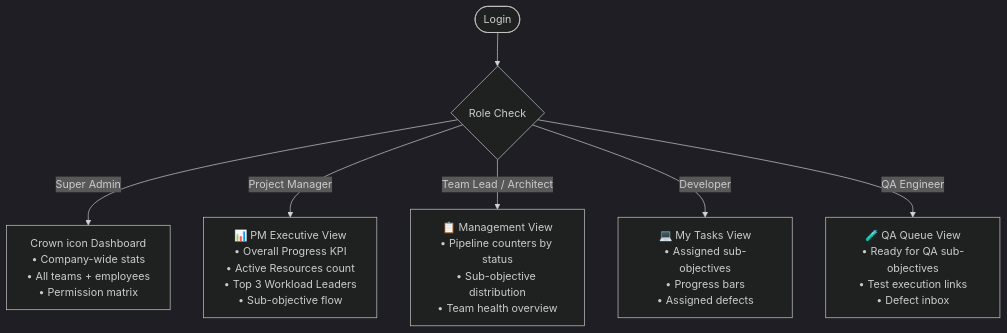
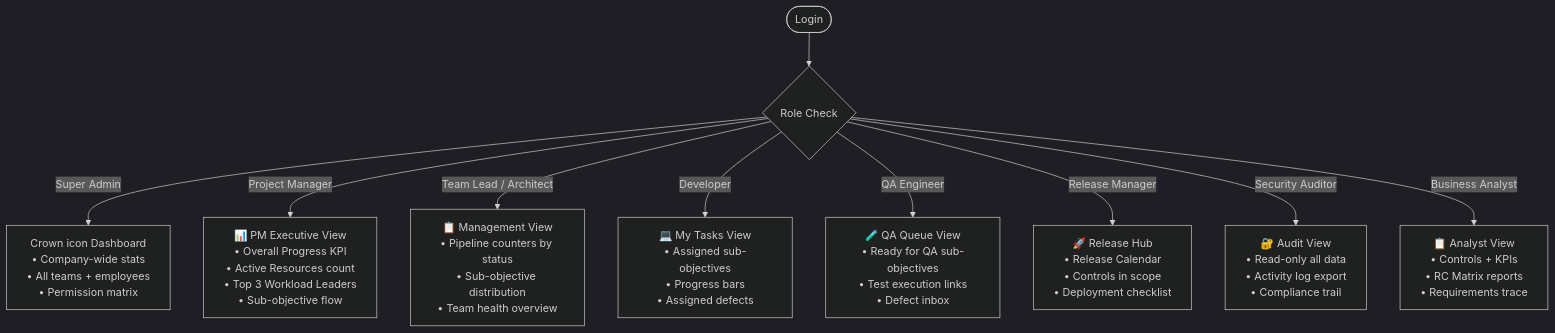
Diagram 11 of 12 in docs/USER_MANUAL.md (Osandi-Hirimuthugoda/ControlApp), drawn with Mermaid (dark theme) before and after one commit. The commit also changed other lines of this file and 1 other file, not shown here.

````diff
--- a/docs/USER_MANUAL.md
+++ b/docs/USER_MANUAL.md
@@ -703,9 +766,12 @@
 ```mermaid
 graph TD
     Login([Login]) --> Check{Role Check}
     Check -->|Super Admin| SA["Crown icon Dashboard\n• Company-wide stats\n• All teams + employees\n• Permission matrix"]
     Check -->|Project Manager| PM["📊 PM Executive View\n• Overall Progress KPI\n• Active Resources count\n• Top 3 Workload Leaders\n• Sub-objective flow"]
     Check -->|Team Lead / Architect| TL["📋 Management View\n• Pipeline counters by status\n• Sub-objective distribution\n• Team health overview"]
     Check -->|Developer| DEV["💻 My Tasks View\n• Assigned sub-objectives\n• Progress bars\n• Assigned defects"]
     Check -->|QA Engineer| QA["🧪 QA Queue View\n• Ready for QA sub-objectives\n• Test execution links\n• Defect inbox"]
+    Check -->|Release Manager| RM["🚀 Release Hub\n• Release Calendar\n• Controls in scope\n• Deployment checklist"]
+    Check -->|Security Auditor| AUD["🔐 Audit View\n• Read-only all data\n• Activity log export\n• Compliance trail"]
+    Check -->|Business Analyst| BA["📋 Analyst View\n• Controls + KPIs\n• RC Matrix reports\n• Requirements trace"]
 ```
````
